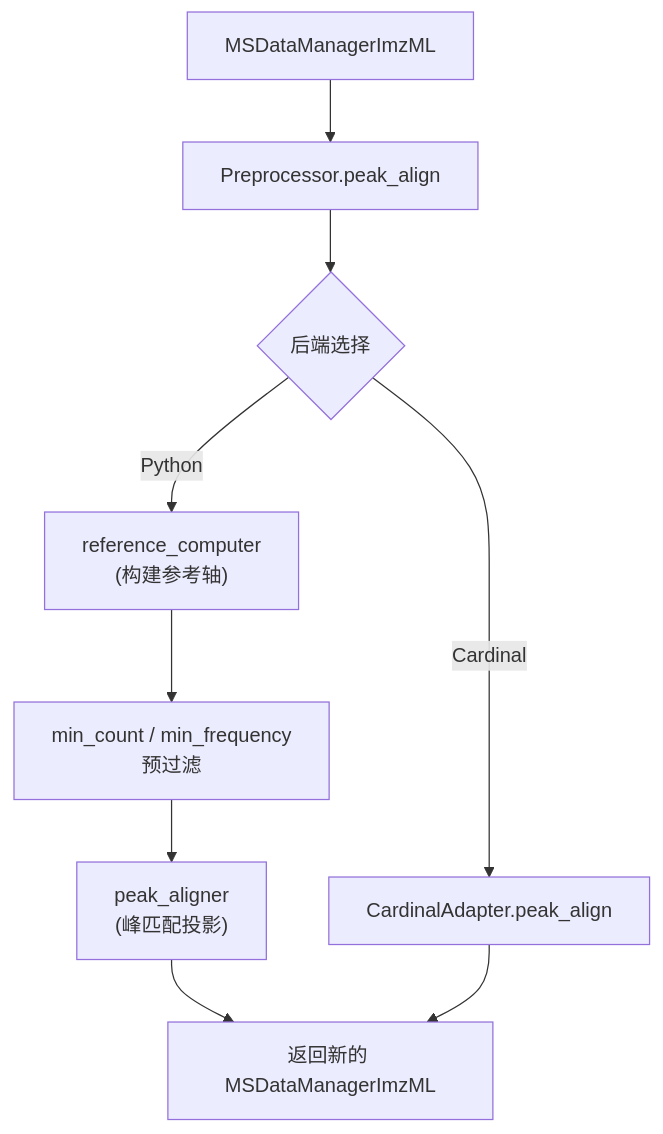
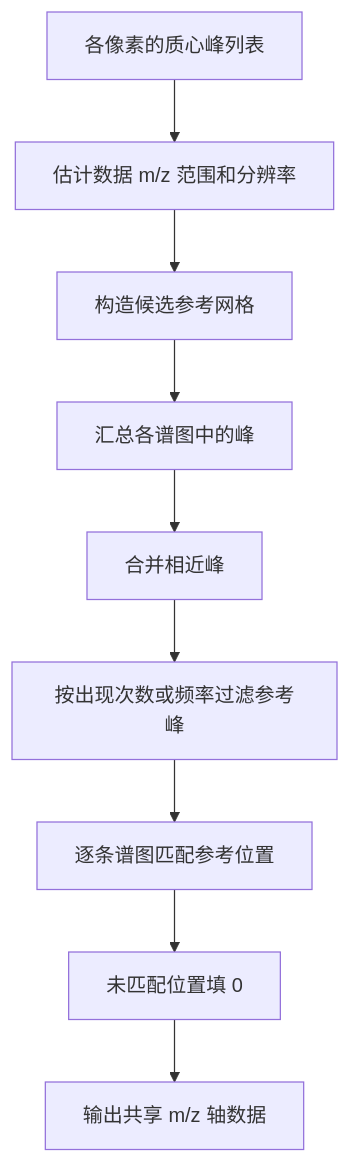
The diagram in docs/zh/peak_alignment.md (NeoNexusX/MassFlow), drawn with Mermaid before and after one commit. The commit also changed other lines of this file and 15 other files, not shown here.

````diff
--- a/docs/zh/peak_alignment.md
+++ b/docs/zh/peak_alignment.md
@@ -34,11 +170,11 @@
 ```mermaid
 graph TD
-    A["MSDataManagerImzML"] --> B["Preprocessor.peak_align"]
-    B --> C{后端选择}
-    C -- Python --> D["reference_computer<br/>(构建参考轴)"]
-    C -- Cardinal --> E["CardinalAdapter.peak_align"]
-    D --> F["min_count / min_frequency<br/>预过滤"]
-    F --> G["peak_aligner<br/>(峰匹配投影)"]
-    G --> H["返回新的 MSDataManagerImzML"]
-    E --> H
+  A["各像素的质心峰列表"] --> B["估计数据 m/z 范围和分辨率"]
+  B --> C["构造候选参考网格"]
+  C --> D["汇总各谱图中的峰"]
+  D --> E["合并相近峰"]
+  E --> F["按出现次数或频率过滤参考峰"]
+  F --> G["逐条谱图匹配参考位置"]
+  G --> H["未匹配位置填 0"]
+  H --> I["输出共享 m/z 轴数据"]
 ```
````
